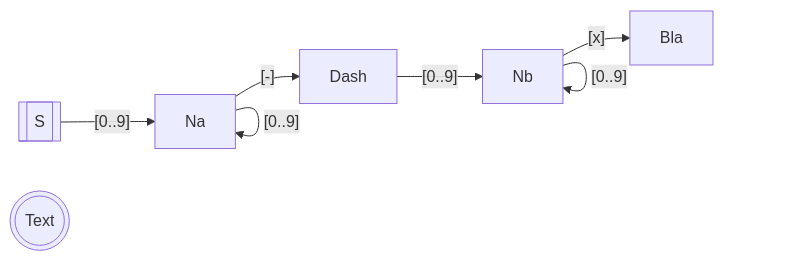
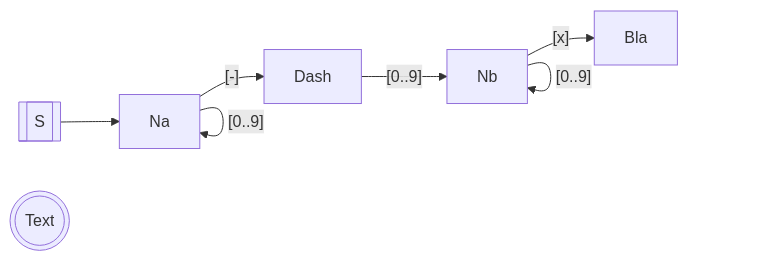
The second of 2 diagrams in rust/adventofcode-2020/day02/README.md (jepoen/screencasts), drawn with Mermaid before and after one commit.

Commit message:
test mermaid

```diff
--- a/rust/adventofcode-2020/day02/README.md
+++ b/rust/adventofcode-2020/day02/README.md
@@ -45,12 +45,12 @@
 ~~~mermaid
 flowchart LR;
 S[[S]];
 Text(((Text)));
 
-S-->|"[0..9]"|Na;
-Na-->|"[0..9]"|Na;
-Na-->|"[-]"|Dash;
-Dash-->|"[0..9]"|Nb;
-Nb-->|"[0..9]"|Nb;
-Nb-->|"[x]"|Bla;
+S --> Na;
+Na-->|"[0..9]"| Na;
+Na-->|"[-]"| Dash;
+Dash-->|"[0..9]"| Nb;
+Nb-->|"[0..9]"| Nb;
+Nb-->|"[x]"| Bla;
 ~~~
```
